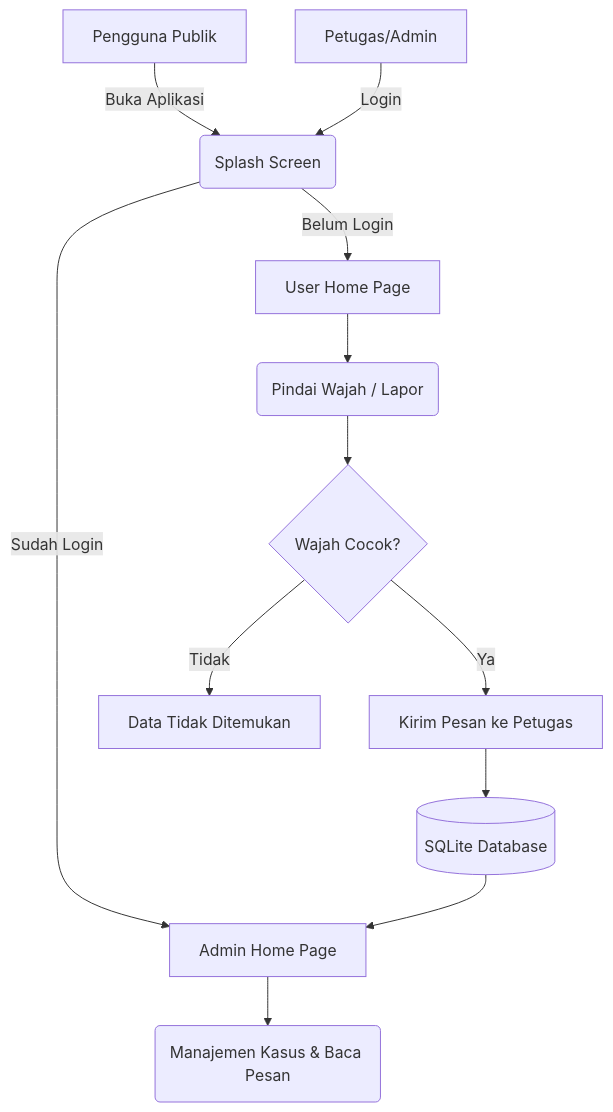
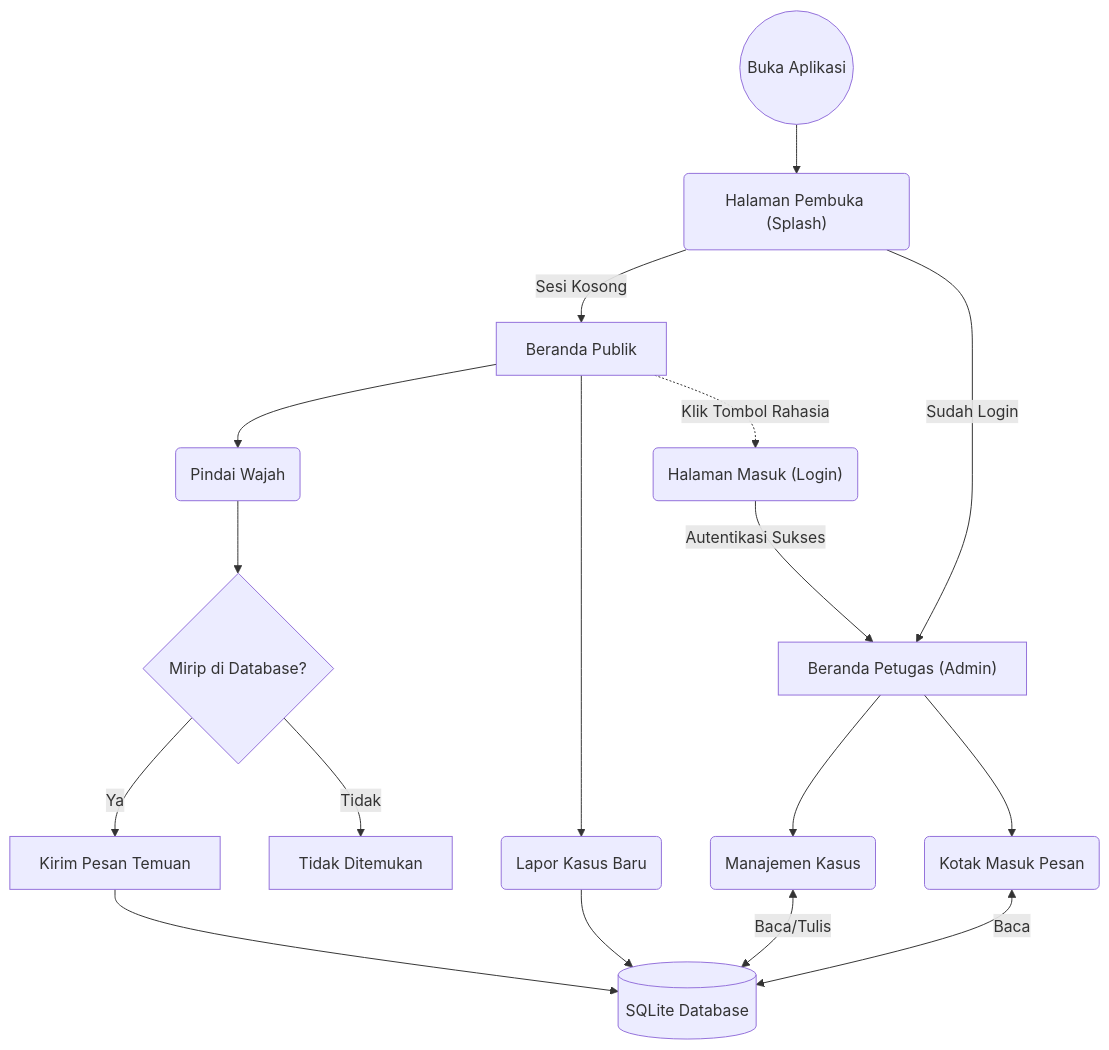
Before and after one commit to alfaragatak87/traceface: the first of 2 diagrams in README.md, drawn with Mermaid.

Commit message:
Docs: perbaiki logika alur flowchart arsitektur

````diff
--- a/README.md
+++ b/README.md
@@ -55,15 +55,30 @@
 ```mermaid
 graph TD
-    A["Pengguna Publik"] -->|Buka Aplikasi| B("Splash Screen")
-    B -->|Belum Login| C["User Home Page"]
-    C --> D("Pindai Wajah / Lapor")
-    D --> E{"Wajah Cocok?"}
-    E -->|Ya| F["Kirim Pesan ke Petugas"]
-    E -->|Tidak| G["Data Tidak Ditemukan"]
+    Start(("Buka Aplikasi")) --> B("Halaman Pembuka (Splash)")
+    
+    %% Alur Pengecekan Sesi
+    B -->|Sesi Kosong| C["Beranda Publik"]
+    B -->|Sudah Login| H["Beranda Petugas (Admin)"]
 
-    A2["Petugas/Admin"] -->|Login| B
-    B -->|Sudah Login| H["Admin Home Page"]
-    F --> I[("SQLite Database")]
-    I --> H
-    H --> J("Manajemen Kasus & Baca Pesan")
+    %% Alur Publik
+    C --> D("Pindai Wajah")
+    C --> D2("Lapor Kasus Baru")
+    
+    D --> E{"Mirip di Database?"}
+    E -->|Ya| F["Kirim Pesan Temuan"]
+    E -->|Tidak| G["Tidak Ditemukan"]
+    
+    D2 --> I[("SQLite Database")]
+    F --> I
+
+    %% Alur Admin (Login manual)
+    C -.->|Klik Tombol Rahasia| A2("Halaman Masuk (Login)")
+    A2 -->|Autentikasi Sukses| H
+    
+    %% Alur Fitur Admin
+    H --> J("Manajemen Kasus")
+    H --> K("Kotak Masuk Pesan")
+    
+    J <-->|Baca/Tulis| I
+    K <-->|Baca| I
 ```
````
